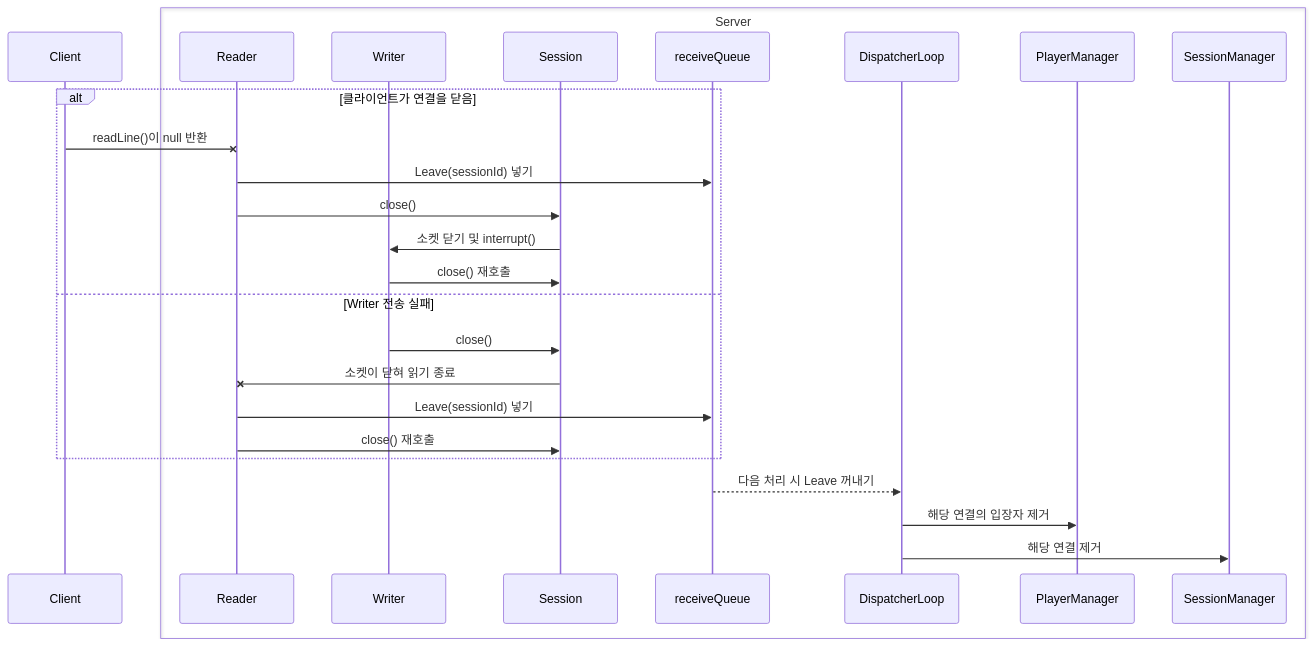
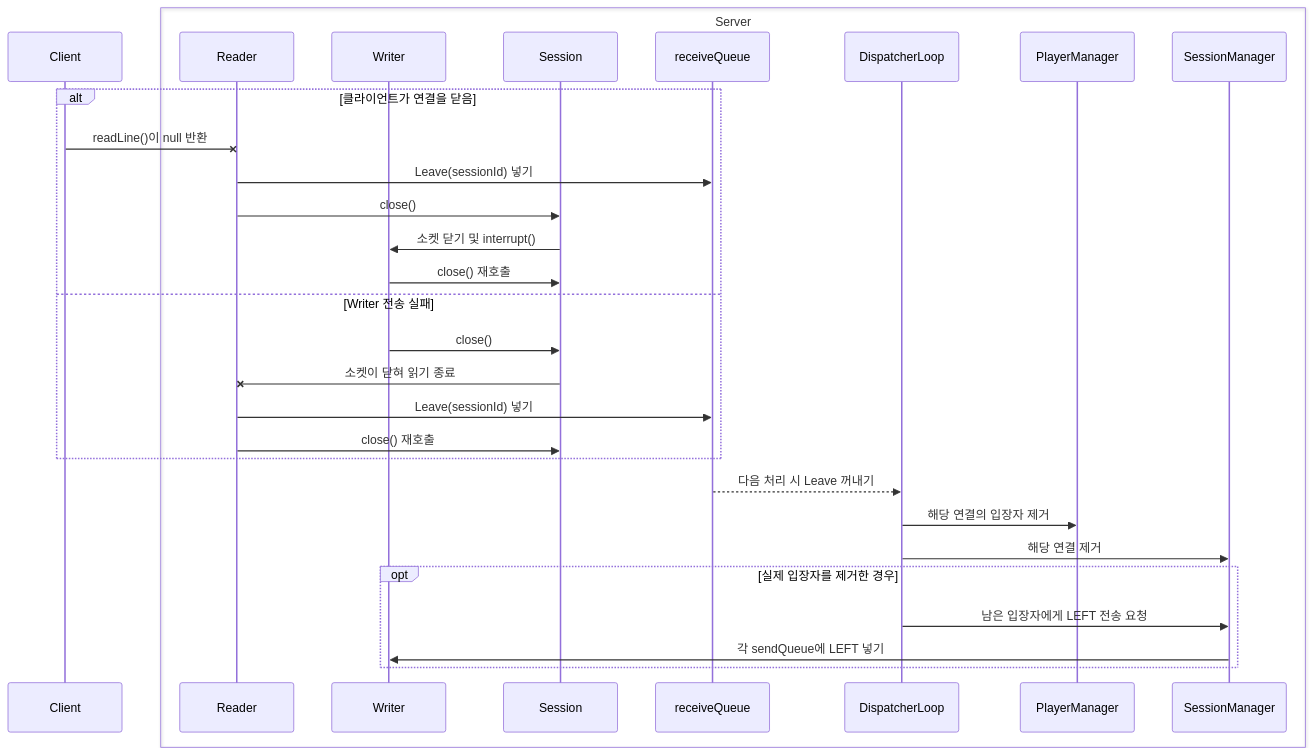
The first of 2 diagrams in docs/thread-diagram/v1/session.md (networkMinigame/minigame), drawn with Mermaid before and after one commit. The commit also changed 19 other files, not shown here.

````diff
--- a/docs/thread-diagram/v1/session.md
+++ b/docs/thread-diagram/v1/session.md
@@ -16,30 +16,34 @@
 ```mermaid
 sequenceDiagram
     participant C as Client
     box Server
         participant R as Reader
         participant W as Writer
         participant S as Session
         participant Q as receiveQueue
         participant L as DispatcherLoop
         participant M as PlayerManager
         participant SM as SessionManager
     end
 
     alt 클라이언트가 연결을 닫음
         C-xR: readLine()이 null 반환
         R->>Q: Leave(sessionId) 넣기
         R->>S: close()
         S->>W: 소켓 닫기 및 interrupt()
         W->>S: close() 재호출
     else Writer 전송 실패
         W->>S: close()
         S-xR: 소켓이 닫혀 읽기 종료
         R->>Q: Leave(sessionId) 넣기
         R->>S: close() 재호출
     end
 
     Q-->>L: 다음 처리 시 Leave 꺼내기
     L->>M: 해당 연결의 입장자 제거
     L->>SM: 해당 연결 제거
+    opt 실제 입장자를 제거한 경우
+        L->>SM: 남은 입장자에게 LEFT 전송 요청
+        SM->>W: 각 sendQueue에 LEFT 넣기
+    end
 ```
````
